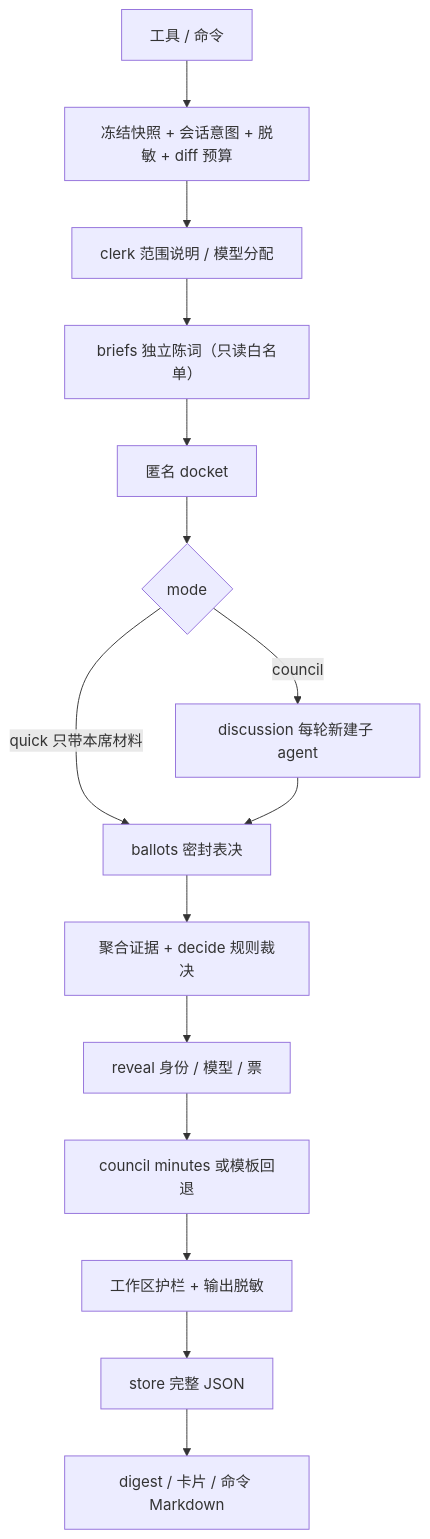
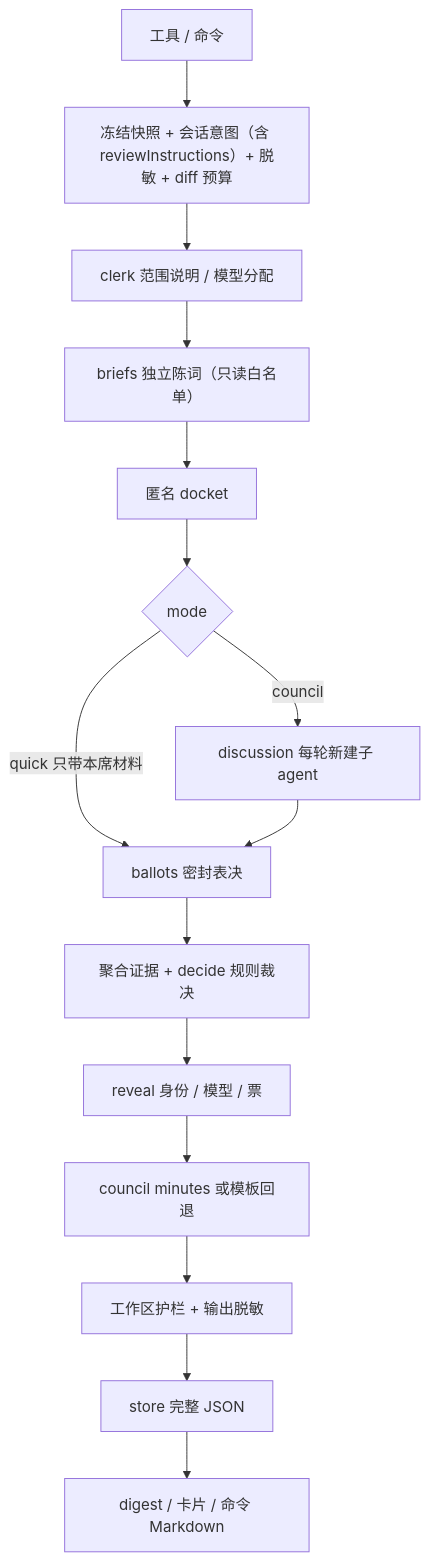
One commit to 0xaskr/magi-review changed the diagram in docs/implementation-notes.md. Above: the diagram before and after it, drawn with Mermaid. The commit also changed other lines of this file and 17 other files, not shown here.

````diff
--- a/docs/implementation-notes.md
+++ b/docs/implementation-notes.md
@@ -22,17 +23,17 @@
 ```mermaid
 flowchart TD
-  E[工具 / 命令] --> S[冻结快照 + 会话意图 + 脱敏 + diff 预算]
+  E[工具 / 命令] --> S[冻结快照 + 会话意图（含 reviewInstructions）+ 脱敏 + diff 预算]
   S --> C[clerk 范围说明 / 模型分配]
   C --> B[briefs 独立陈词（只读白名单）]
   B --> D[匿名 docket]
   D --> M{mode}
   M -->|council| X[discussion 每轮新建子 agent]
   M -->|quick 只带本席材料| V[ballots 密封表决]
   X --> V
   V --> P[聚合证据 + decide 规则裁决]
   P --> R[reveal 身份 / 模型 / 票]
   R --> N[council minutes 或模板回退]
   N --> G[工作区护栏 + 输出脱敏]
   G --> T[store 完整 JSON]
   T --> O[digest / 卡片 / 命令 Markdown]
 ```
````
